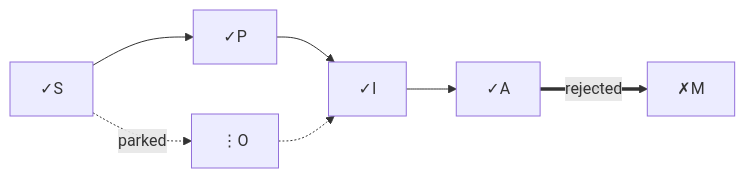
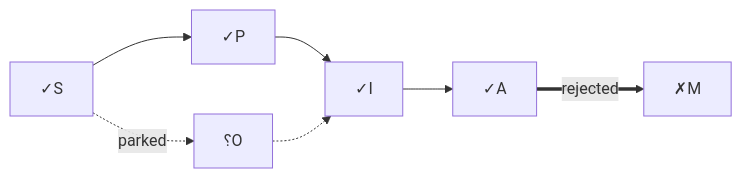
The third of 4 diagrams in docs/diagram-monster.md (pjsvis/okuda), drawn with Mermaid before and after one commit. The commit also changed other lines of this file and 2 other files, not shown here.

````diff
--- a/docs/diagram-monster.md
+++ b/docs/diagram-monster.md
@@ -105,9 +105,9 @@
 ```mermaid
 flowchart LR
   A["✓S"] --> B["✓P"]
   B --> C["✓I"]
   C --> D["✓A"]
   D ==>|rejected| E["✗M"]
-  A -.->|parked| F["⋮O"]
+  A -.->|parked| F["⸮O"]
   F -.-> C
 ```
````
